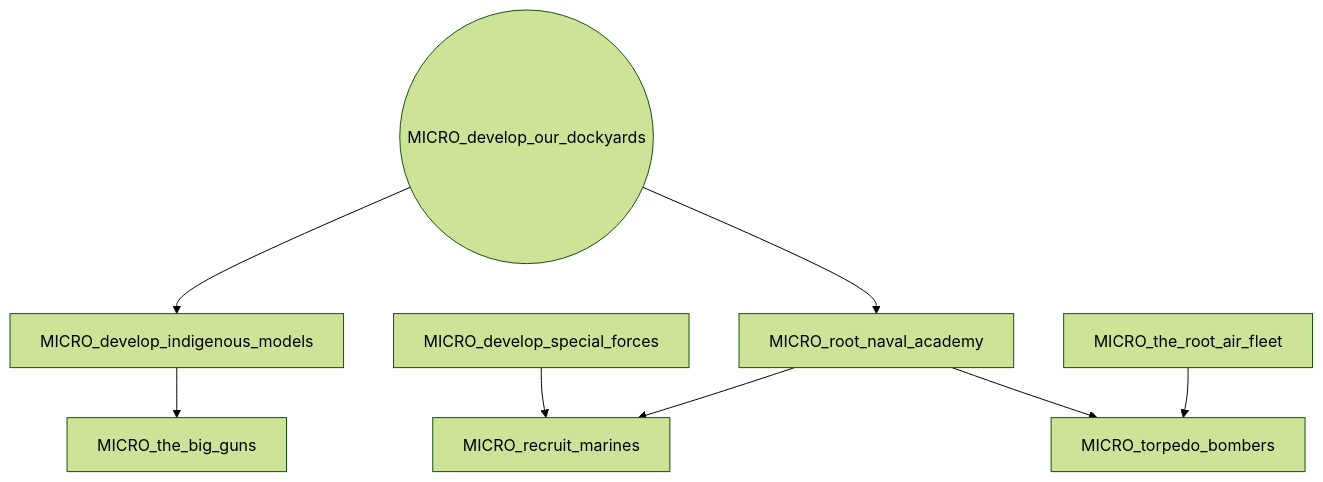
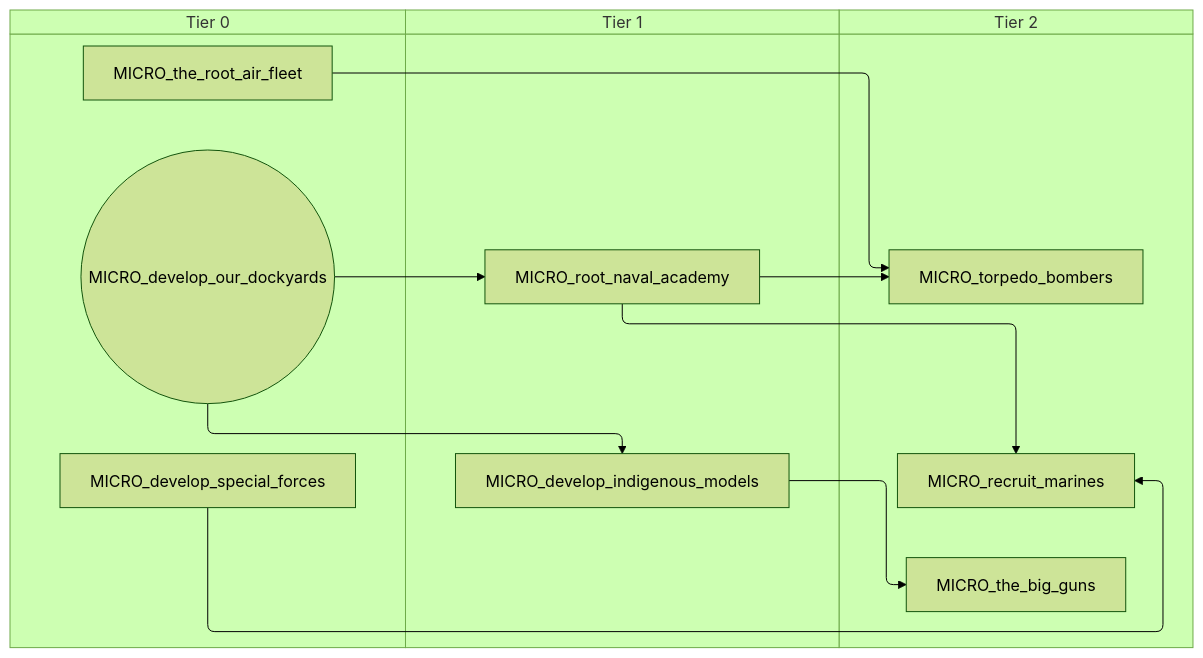
The second of 3 diagrams in docs/gdd/National Focuses/r56/r56_microstate_shared.md (evgeny-sobol/hoi4-sandbox-mode-r56), drawn with Mermaid (forest theme) before and after one commit. The commit also changed other lines of this file and 423 other files, not shown here.

First line of the commit message:
Re-export Rt56 focus trees as swimlane diagrams

````diff
--- a/docs/gdd/National Focuses/r56/r56_microstate_shared.md
+++ b/docs/gdd/National Focuses/r56/r56_microstate_shared.md
@@ -16,18 +22,24 @@
 ```mermaid
-flowchart TD
-    n5["MICRO_develop_indigenous_models"]
-    n6(("MICRO_develop_our_dockyards"))
-    n7["MICRO_develop_special_forces"]
-    n8["MICRO_recruit_marines"]
-    n2["MICRO_root_naval_academy"]
-    n9["MICRO_the_big_guns"]
-    n3["MICRO_the_root_air_fleet"]
-    n4["MICRO_torpedo_bombers"]
-    n6 --> n5
+swimlane-beta TD
+    subgraph tier_0["Tier 0"]
+        n5(("MICRO_develop_our_dockyards"))
+        n6["MICRO_develop_special_forces"]
+        n3["MICRO_the_root_air_fleet"]
+    end
+    subgraph tier_1["Tier 1"]
+        n7["MICRO_develop_indigenous_models"]
+        n2["MICRO_root_naval_academy"]
+    end
+    subgraph tier_2["Tier 2"]
+        n8["MICRO_recruit_marines"]
+        n9["MICRO_the_big_guns"]
+        n4["MICRO_torpedo_bombers"]
+    end
+    n5 --> n7
     n2 --> n8
-    n7 --> n8
-    n6 --> n2
-    n5 --> n9
+    n6 --> n8
+    n5 --> n2
+    n7 --> n9
     n2 --> n4
     n3 --> n4
 ```
````
